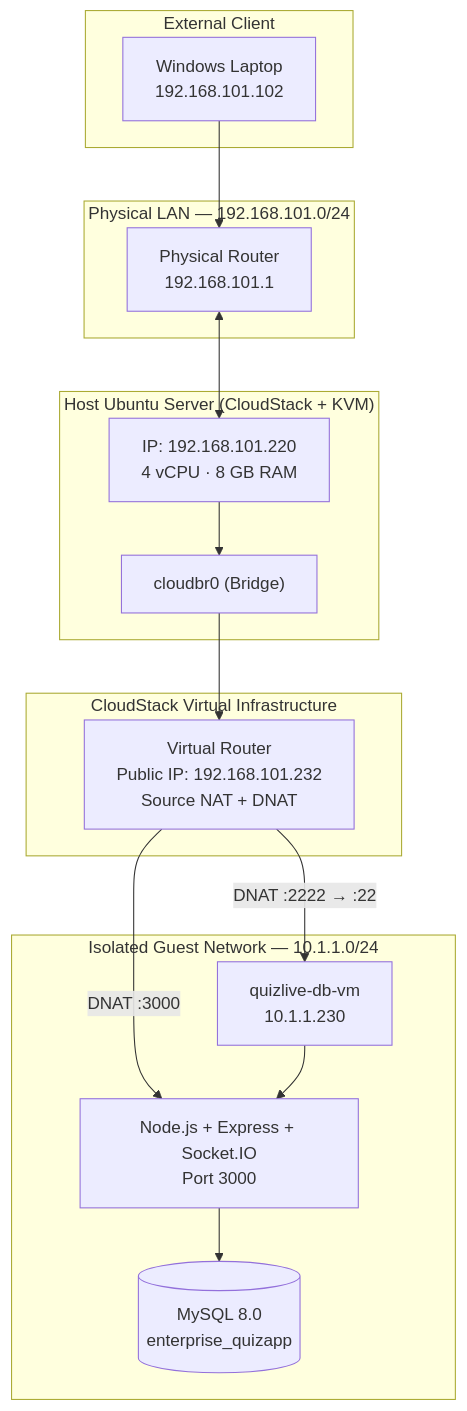
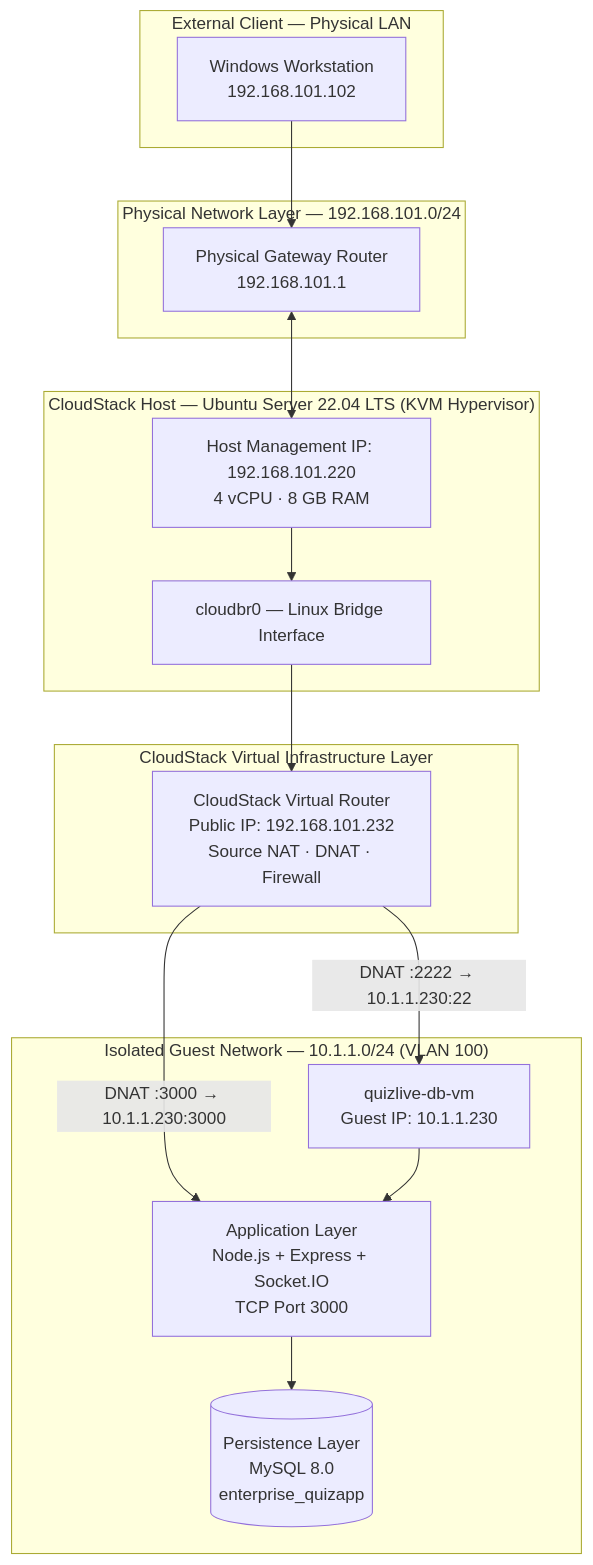
The first of 3 diagrams in README.md (DHard4114/CloudStack-5), drawn with Mermaid before and after one commit. The commit also changed other lines of this file and 3 other files, not shown here.

````diff
--- a/README.md
+++ b/README.md
@@ -98,34 +102,34 @@
 ```mermaid
 flowchart TB
-    subgraph EXT["External Client"]
-        WIN["Windows Laptop<br/>192.168.101.102"]
+    subgraph EXT["External Client — Physical LAN"]
+        WIN["Windows Workstation<br/>192.168.101.102"]
     end
 
-    subgraph PHY["Physical LAN — 192.168.101.0/24"]
-        RTR["Physical Router<br/>192.168.101.1"]
+    subgraph PHY["Physical Network Layer — 192.168.101.0/24"]
+        RTR["Physical Gateway Router<br/>192.168.101.1"]
     end
 
-    subgraph HOST["Host Ubuntu Server (CloudStack + KVM)"]
-        HIP["IP: 192.168.101.220<br/>4 vCPU · 8 GB RAM"]
-        BR["cloudbr0 (Bridge)"]
+    subgraph HOST["CloudStack Host — Ubuntu Server 22.04 LTS (KVM Hypervisor)"]
+        HIP["Host Management IP: 192.168.101.220<br/>4 vCPU · 8 GB RAM"]
+        BR["cloudbr0 — Linux Bridge Interface"]
     end
 
-    subgraph CS["CloudStack Virtual Infrastructure"]
-        VR["Virtual Router<br/>Public IP: 192.168.101.232<br/>Source NAT + DNAT"]
+    subgraph CS["CloudStack Virtual Infrastructure Layer"]
+        VR["CloudStack Virtual Router<br/>Public IP: 192.168.101.232<br/>Source NAT · DNAT · Firewall"]
     end
 
-    subgraph ISO["Isolated Guest Network — 10.1.1.0/24"]
-        VM["quizlive-db-vm<br/>10.1.1.230"]
-        API["Node.js + Express + Socket.IO<br/>Port 3000"]
-        DB[("MySQL 8.0<br/>enterprise_quizapp")]
+    subgraph ISO["Isolated Guest Network — 10.1.1.0/24 (VLAN 100)"]
+        VM["quizlive-db-vm<br/>Guest IP: 10.1.1.230"]
+        API["Application Layer<br/>Node.js + Express + Socket.IO<br/>TCP Port 3000"]
+        DB[("Persistence Layer<br/>MySQL 8.0<br/>enterprise_quizapp")]
     end
 
     WIN --> RTR
     RTR <--> HIP
     HIP --> BR
     BR --> VR
-    VR -->|DNAT :3000| API
-    VR -->|DNAT :2222 → :22| VM
+    VR -->|"DNAT :3000 → 10.1.1.230:3000"| API
+    VR -->|"DNAT :2222 → 10.1.1.230:22"| VM
     VM --> API
     API --> DB
 ```
````
